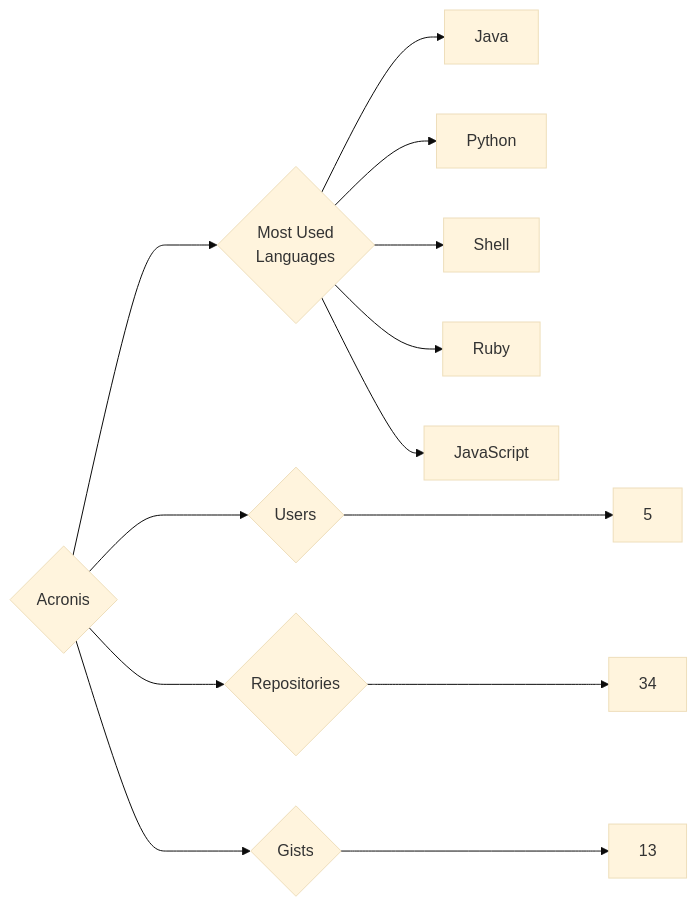
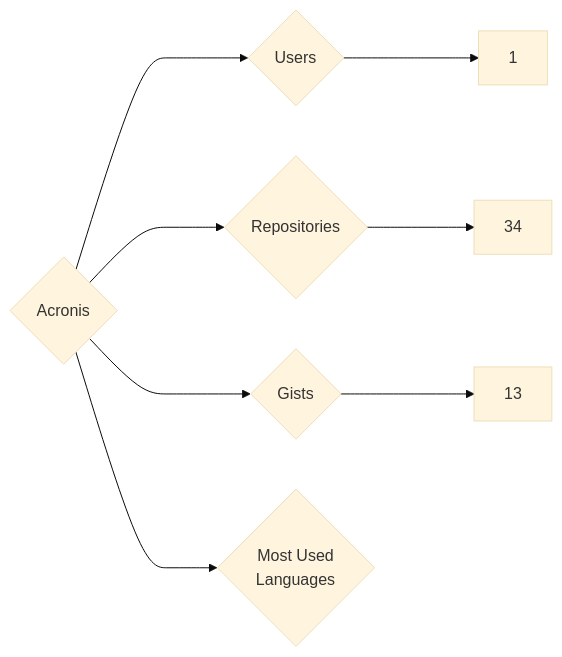
One commit to trickest/insiders changed the diagram in targets/Acronis/README.md. Above: the diagram before and after it, drawn with Mermaid (base theme). The commit also changed 1123 other files, not shown here.

````diff
--- a/targets/Acronis/README.md
+++ b/targets/Acronis/README.md
@@ -3,13 +3,8 @@
 ```mermaid
 graph LR
 COMPANY_NAME{Acronis}
-COMPANY_NAME ---> U{Users} ---> UN[5]
+COMPANY_NAME ---> U{Users} ---> UN[1]
 COMPANY_NAME ---> R{Repositories} ---> RN[34]
 COMPANY_NAME ---> G{Gists} ---> GN[13]
 COMPANY_NAME ---> ML{Most Used<br>Languages}
-ML --> Java[Java]
-ML --> Python[Python]
-ML --> Shell[Shell]
-ML --> Ruby[Ruby]
-ML --> JavaScript[JavaScript]
 ```
````
